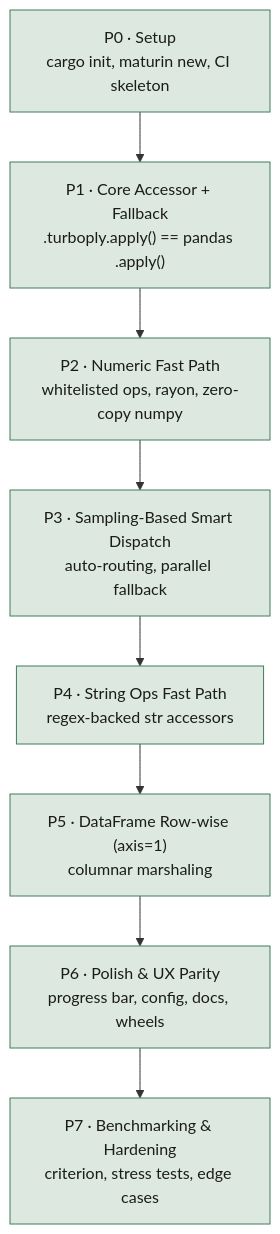
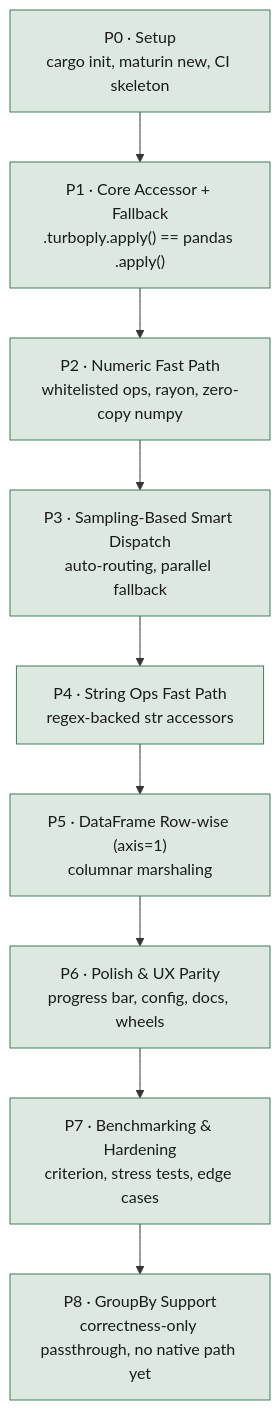
The diagram in claude.md (P-Sudhakar-tech/FastApply), drawn with Mermaid before and after one commit. The commit also changed other lines of this file and 4 other files, not shown here.

First line of the commit message:
Add GroupBy support: .groupby(...).turboply(func)

````diff
--- a/claude.md
+++ b/claude.md
@@ -135,16 +142,17 @@
 ```mermaid
 flowchart TD
     P0["P0 · Setup\ncargo init, maturin new, CI skeleton"] --> P1
     P1["P1 · Core Accessor + Fallback\n.turboply.apply() == pandas .apply()"] --> P2
     P2["P2 · Numeric Fast Path\nwhitelisted ops, rayon, zero-copy numpy"] --> P3
     P3["P3 · Sampling-Based Smart Dispatch\nauto-routing, parallel fallback"] --> P4
     P4["P4 · String Ops Fast Path\nregex-backed str accessors"] --> P5
     P5["P5 · DataFrame Row-wise (axis=1)\ncolumnar marshaling"] --> P6
     P6["P6 · Polish & UX Parity\nprogress bar, config, docs, wheels"] --> P7
-    P7["P7 · Benchmarking & Hardening\ncriterion, stress tests, edge cases"]
+    P7["P7 · Benchmarking & Hardening\ncriterion, stress tests, edge cases"] --> P8
+    P8["P8 · GroupBy Support\ncorrectness-only passthrough, no native path yet"]
 
     classDef done fill:#dde9e0,stroke:#3f7d5c,color:#1b1b1b;
     classDef next fill:#f0dcd0,stroke:#b8441f,color:#1b1b1b;
     classDef planned fill:#eae5db,stroke:#9c9284,color:#1b1b1b;
-    class P0,P1,P2,P3,P4,P5,P6,P7 done;
+    class P0,P1,P2,P3,P4,P5,P6,P7,P8 done;
 ```
````
